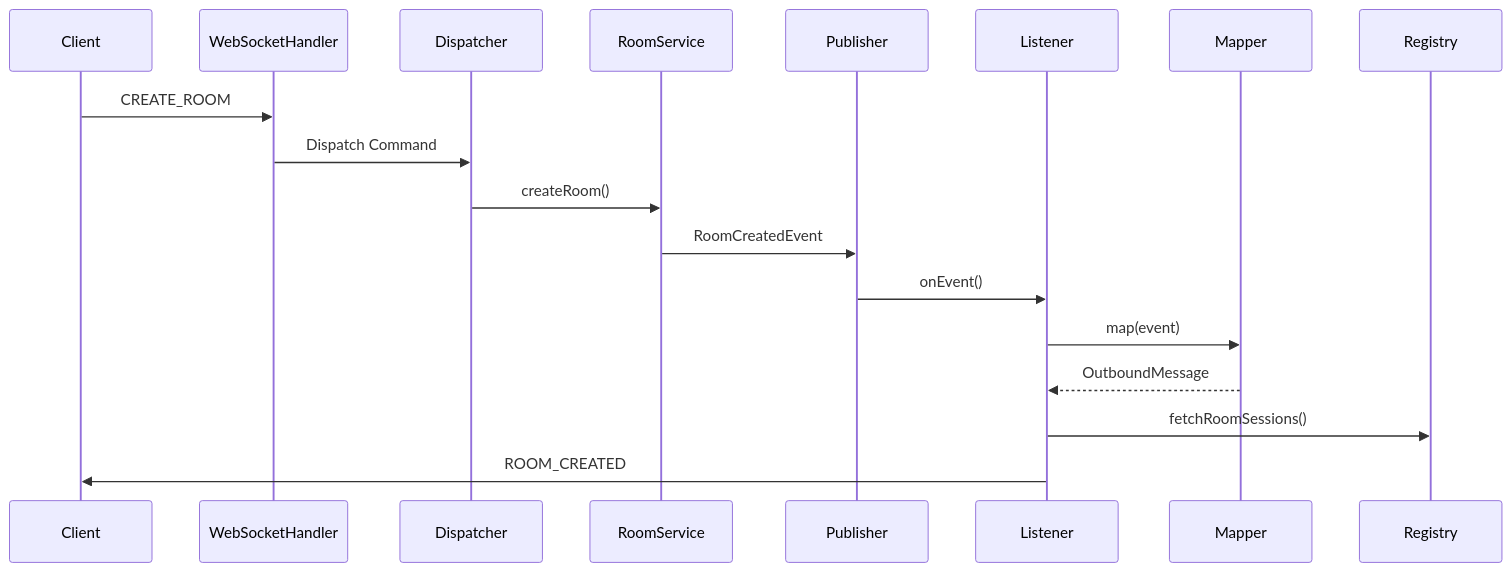
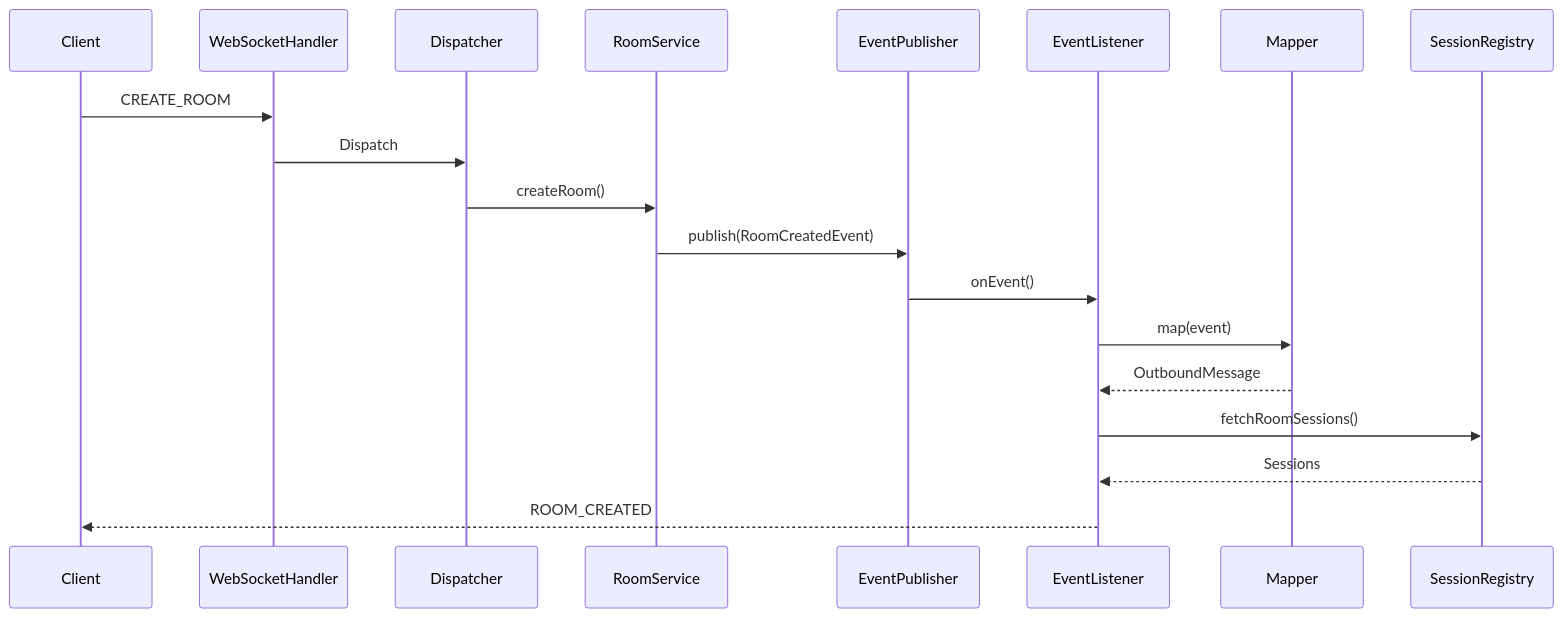
The second of 2 diagrams in README.md (AnirudhPandita2020/bingo), drawn with Mermaid before and after one commit. The commit also changed other lines of this file, not shown here.

````diff
--- a/README.md
+++ b/README.md
@@ -74,20 +60,21 @@
 ```mermaid
 sequenceDiagram
-    participant Client
-    participant WS as WebSocketHandler
-    participant Dispatcher
-    participant Service as RoomService
-    participant Publisher
-    participant Listener
-    participant Mapper
-    participant Registry
-    Client ->> WS: CREATE_ROOM
-    WS ->> Dispatcher: Dispatch Command
-    Dispatcher ->> Service: createRoom()
-    Service ->> Publisher: RoomCreatedEvent
-    Publisher ->> Listener: onEvent()
-    Listener ->> Mapper: map(event)
-    Mapper -->> Listener: OutboundMessage
-    Listener ->> Registry: fetchRoomSessions()
-    Listener ->> Client: ROOM_CREATED
+    participant C as Client
+    participant W as WebSocketHandler
+    participant D as Dispatcher
+    participant S as RoomService
+    participant P as EventPublisher
+    participant L as EventListener
+    participant M as Mapper
+    participant R as SessionRegistry
+    C ->> W: CREATE_ROOM
+    W ->> D: Dispatch
+    D ->> S: createRoom()
+    S ->> P: publish(RoomCreatedEvent)
+    P ->> L: onEvent()
+    L ->> M: map(event)
+    M -->> L: OutboundMessage
+    L ->> R: fetchRoomSessions()
+    R -->> L: Sessions
+    L -->> C: ROOM_CREATED
 ```
````
